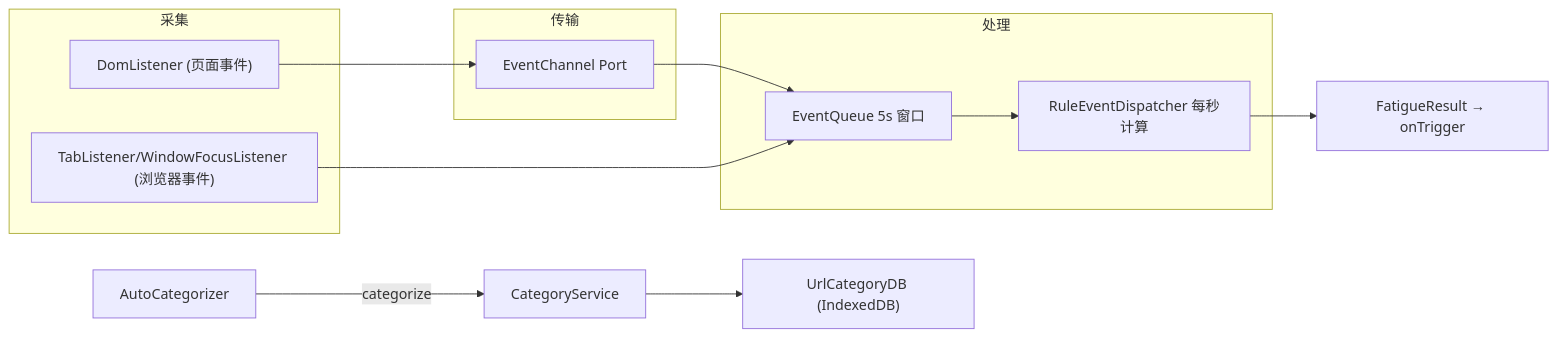
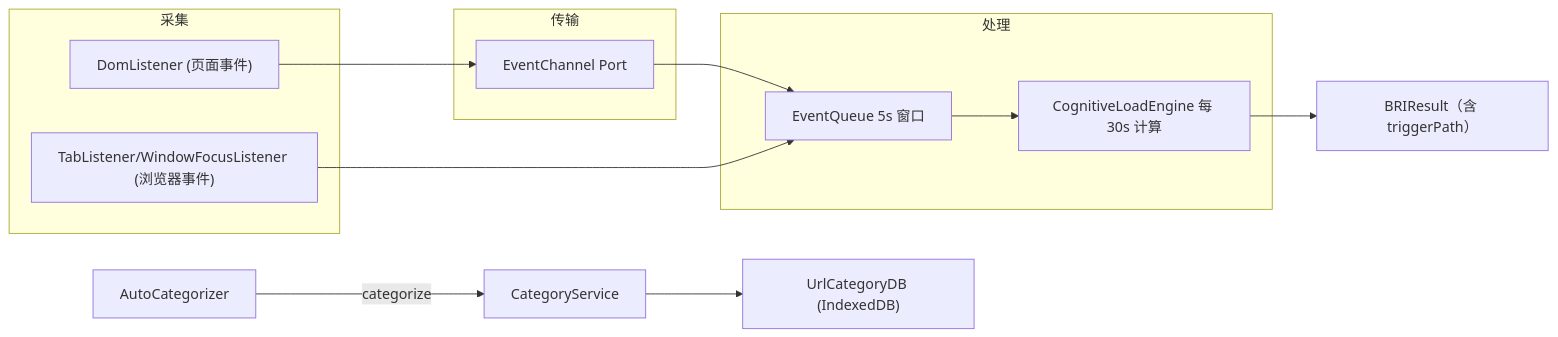
The diagram in .qoder/repowiki/zh/content/架构设计/数据流设计/数据流设计.md (MingxuanGame/BrainRest), drawn with Mermaid before and after one commit. The commit also changed other lines of this file and 70 other files, not shown here.

````diff
--- a/.qoder/repowiki/zh/content/架构设计/数据流设计/数据流设计.md
+++ b/.qoder/repowiki/zh/content/架构设计/数据流设计/数据流设计.md
@@ -25,18 +28,18 @@
 ```mermaid
 flowchart LR
 subgraph 采集
 DL["DomListener (页面事件)"]
 TL["TabListener/WindowFocusListener (浏览器事件)"]
 end
 subgraph 传输
 EC["EventChannel Port"]
 end
 subgraph 处理
 Q["EventQueue 5s 窗口"]
-D["RuleEventDispatcher 每秒计算"]
+D["CognitiveLoadEngine 每 30s 计算"]
 end
 DL --> EC --> Q
 TL --> Q
-Q --> D --> R["FatigueResult → onTrigger"]
+Q --> D --> R["BRIResult（含 triggerPath）"]
 AC["AutoCategorizer"] -->|categorize| CS["CategoryService"] --> UDB["UrlCategoryDB (IndexedDB)"]
 ```
````
